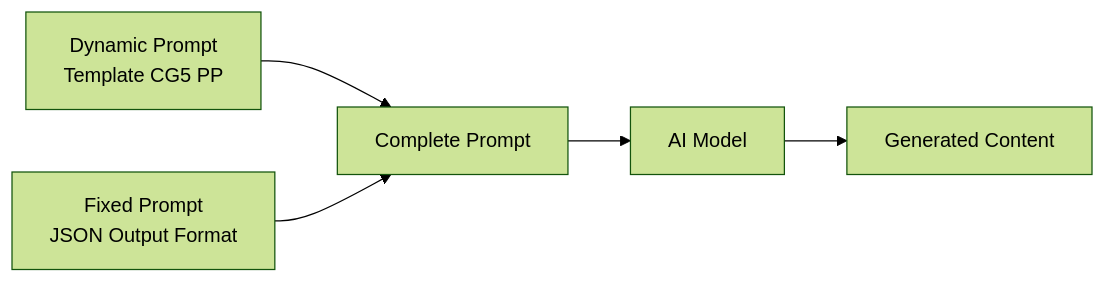
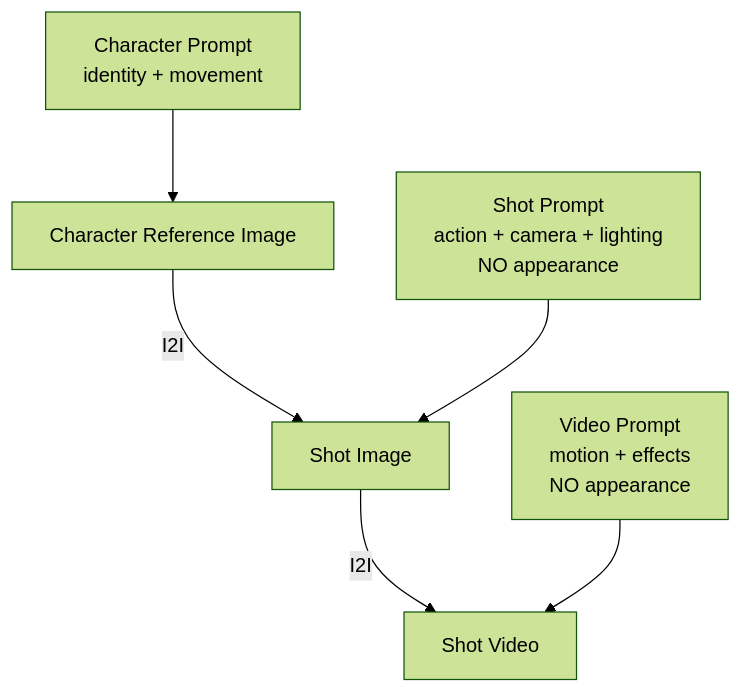
The diagram in docs/cg5_poppy_playtime_template.md (xaunpark/huobao-drama), drawn with Mermaid (forest theme) before and after one commit. The commit also changed other lines of this file and 11 other files, not shown here.

````diff
--- a/docs/cg5_poppy_playtime_template.md
+++ b/docs/cg5_poppy_playtime_template.md
@@ -27,7 +31,9 @@
 ```mermaid
-graph LR
-    A[Dynamic Prompt<br/>Template CG5 PP] --> C[Complete Prompt]
-    B[Fixed Prompt<br/>JSON Output Format] --> C
-    C --> D[AI Model]
-    D --> E[Generated Content]
+graph TD
+    A[Character Reference Image] -->|I2I| B[Shot Image]
+    B -->|I2I| C[Shot Video]
+    
+    D[Character Prompt<br/>identity + movement] --> A
+    E[Shot Prompt<br/>action + camera + lighting<br/>NO appearance] --> B
+    F[Video Prompt<br/>motion + effects<br/>NO appearance] --> C
 ```
````
